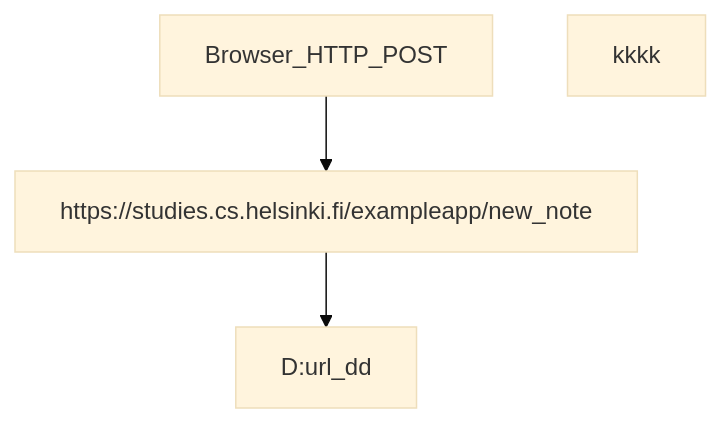
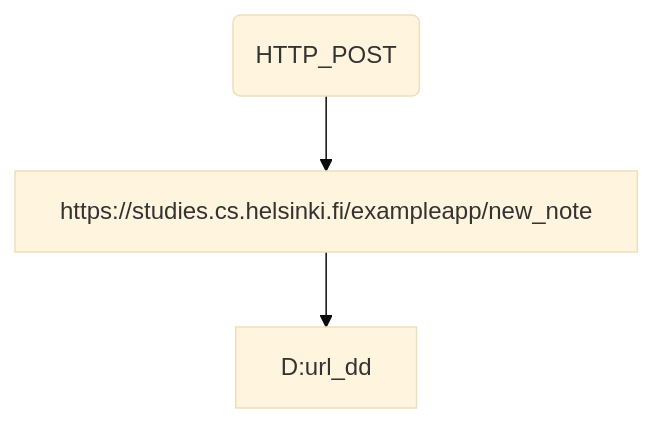
Before and after one commit to TomppeliG6-8/fullstack: the diagram in Part0/0.4 - New note diagram/readme.md, drawn with Mermaid (base theme).

````diff
--- a/Part0/0.4 - New note diagram/readme.md
+++ b/Part0/0.4 - New note diagram/readme.md
@@ -1,5 +1,5 @@
 ```mermaid
 graph TD;
-    Browser_HTTP_POST-->https://studies.cs.helsinki.fi/exampleapp/new_note;
-    https://studies.cs.helsinki.fi/exampleapp/new_note-->D:url_dd;kkkk
+    Browser(HTTP_POST)-->https://studies.cs.helsinki.fi/exampleapp/new_note;
+    https://studies.cs.helsinki.fi/exampleapp/new_note-->D:url_dd;
 ```
````
